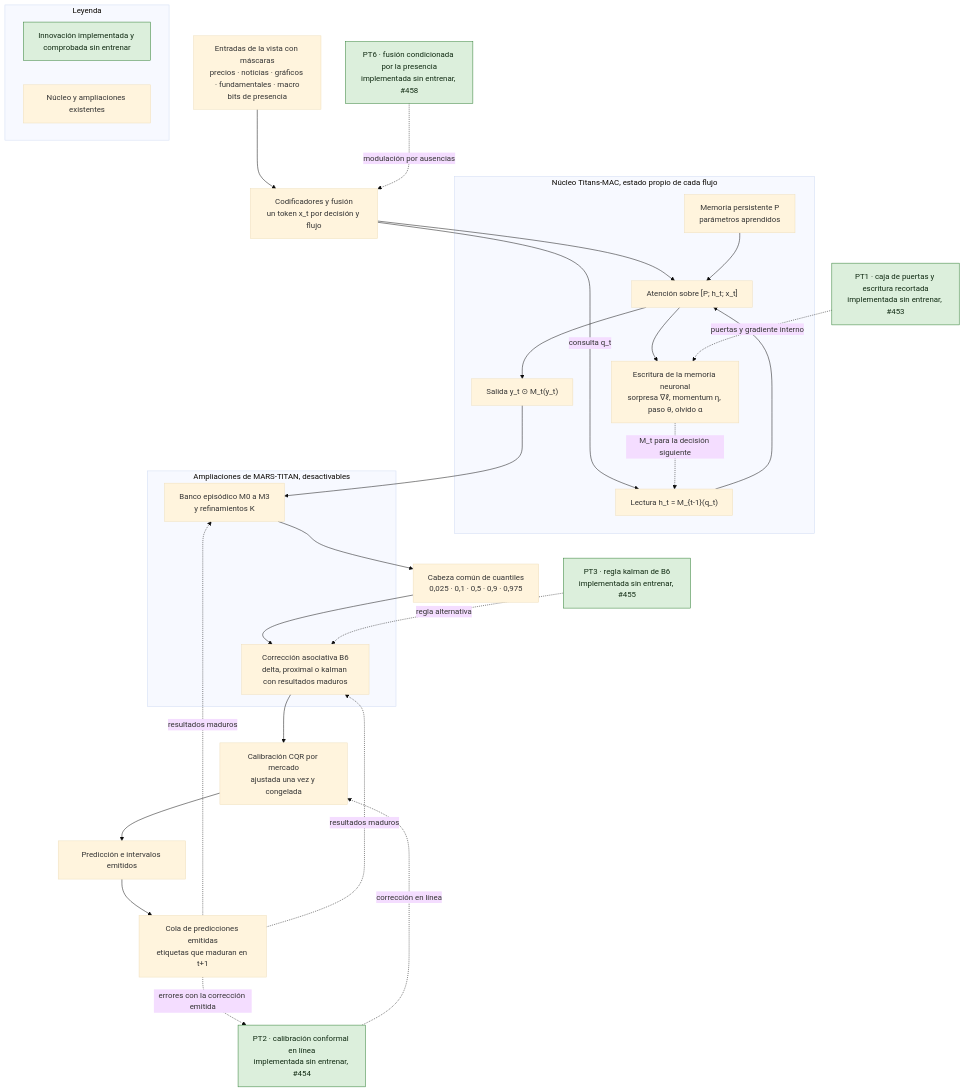
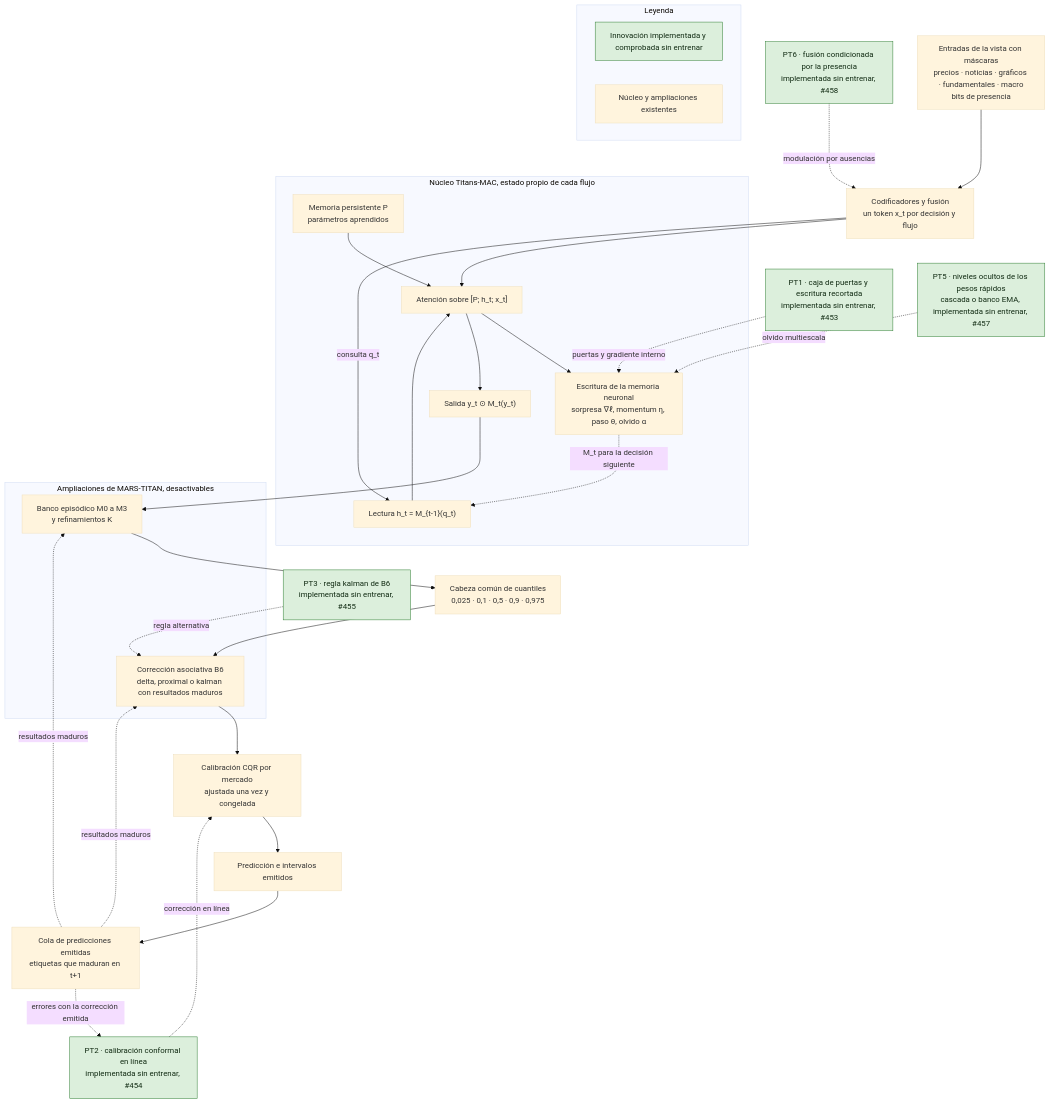
The diagram in docs/research/titans-mac-architecture.md (GonxKZ/mars-titan), drawn with Mermaid (base theme) before and after one commit. The commit also changed other lines of this file and 11 other files, not shown here.

````diff
--- a/docs/research/titans-mac-architecture.md
+++ b/docs/research/titans-mac-architecture.md
@@ -267,56 +267,58 @@
 ```mermaid
 flowchart TD
     IN["Entradas de la vista con máscaras<br/>precios · noticias · gráficos · fundamentales · macro<br/>bits de presencia"]
     ENC["Codificadores y fusión<br/>un token x_t por decisión y flujo"]
 
     subgraph MAC["Núcleo Titans-MAC, estado propio de cada flujo"]
         P["Memoria persistente P<br/>parámetros aprendidos"]
         RD["Lectura h_t = M_{t-1}(q_t)"]
         ATT["Atención sobre [P; h_t; x_t]"]
         WR["Escritura de la memoria neuronal<br/>sorpresa ∇ℓ, momentum η, paso θ, olvido α"]
         OG["Salida y_t ⊙ M_t(y_t)"]
     end
 
     PT1["PT1 · caja de puertas y escritura recortada<br/>implementada sin entrenar, #453"]:::comprobado
     PT6["PT6 · fusión condicionada por la presencia<br/>implementada sin entrenar, #458"]:::comprobado
+    PT5["PT5 · niveles ocultos de los pesos rápidos<br/>cascada o banco EMA, implementada sin entrenar, #457"]:::comprobado
 
     subgraph EXT["Ampliaciones de MARS-TITAN, desactivables"]
         BANK["Banco episódico M0 a M3<br/>y refinamientos K"]
         B6["Corrección asociativa B6<br/>delta, proximal o kalman con resultados maduros"]
     end
 
     HEAD["Cabeza común de cuantiles<br/>0,025 · 0,1 · 0,5 · 0,9 · 0,975"]
 
     PT3["PT3 · regla kalman de B6<br/>implementada sin entrenar, #455"]:::comprobado
 
     CAL["Calibración CQR por mercado<br/>ajustada una vez y congelada"]
 
     PT2["PT2 · calibración conformal en línea<br/>implementada sin entrenar, #454"]:::comprobado
 
     OUT["Predicción e intervalos emitidos"]
     Q["Cola de predicciones emitidas<br/>etiquetas que maduran en t+1"]
 
     IN --> ENC --> ATT
     ENC -- consulta q_t --> RD
     P --> ATT
     RD --> ATT
     ATT --> WR
     ATT --> OG
     WR -. M_t para la decisión siguiente .-> RD
     OG --> BANK --> HEAD --> B6 --> CAL --> OUT
     OUT --> Q
     Q -. resultados maduros .-> BANK
     Q -. resultados maduros .-> B6
     Q -. errores con la corrección emitida .-> PT2
     PT1 -. puertas y gradiente interno .-> WR
     PT3 -. regla alternativa .-> B6
     PT2 -. corrección en línea .-> CAL
     PT6 -. modulación por ausencias .-> ENC
+    PT5 -. olvido multiescala .-> WR
 
     subgraph LEY["Leyenda"]
         L1["Innovación implementada y comprobada sin entrenar"]:::comprobado
         L2["Núcleo y ampliaciones existentes"]
     end
 
     classDef comprobado fill:#dcefdc,stroke:#2e7d32,color:#102a12
 ```
````
